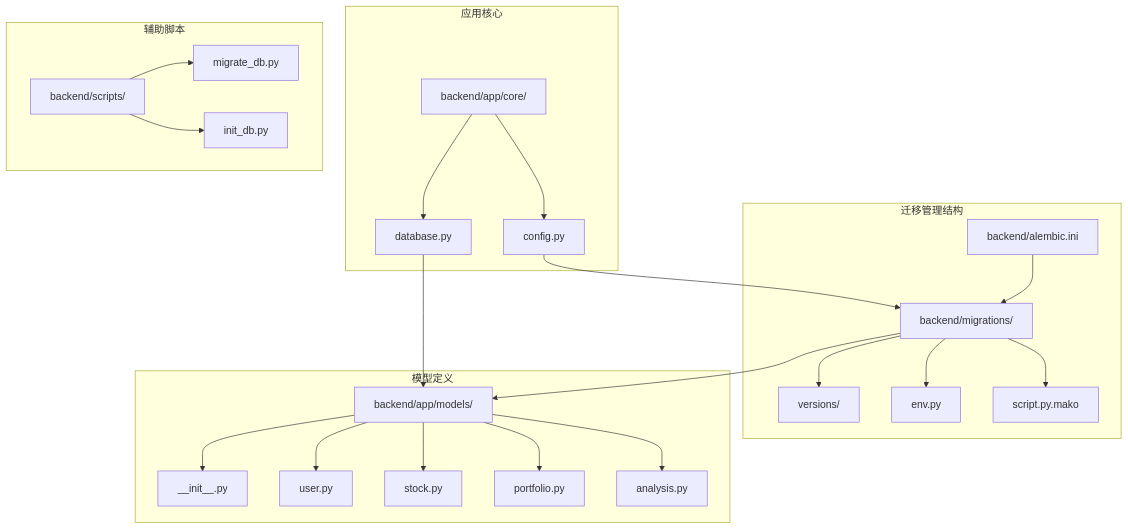
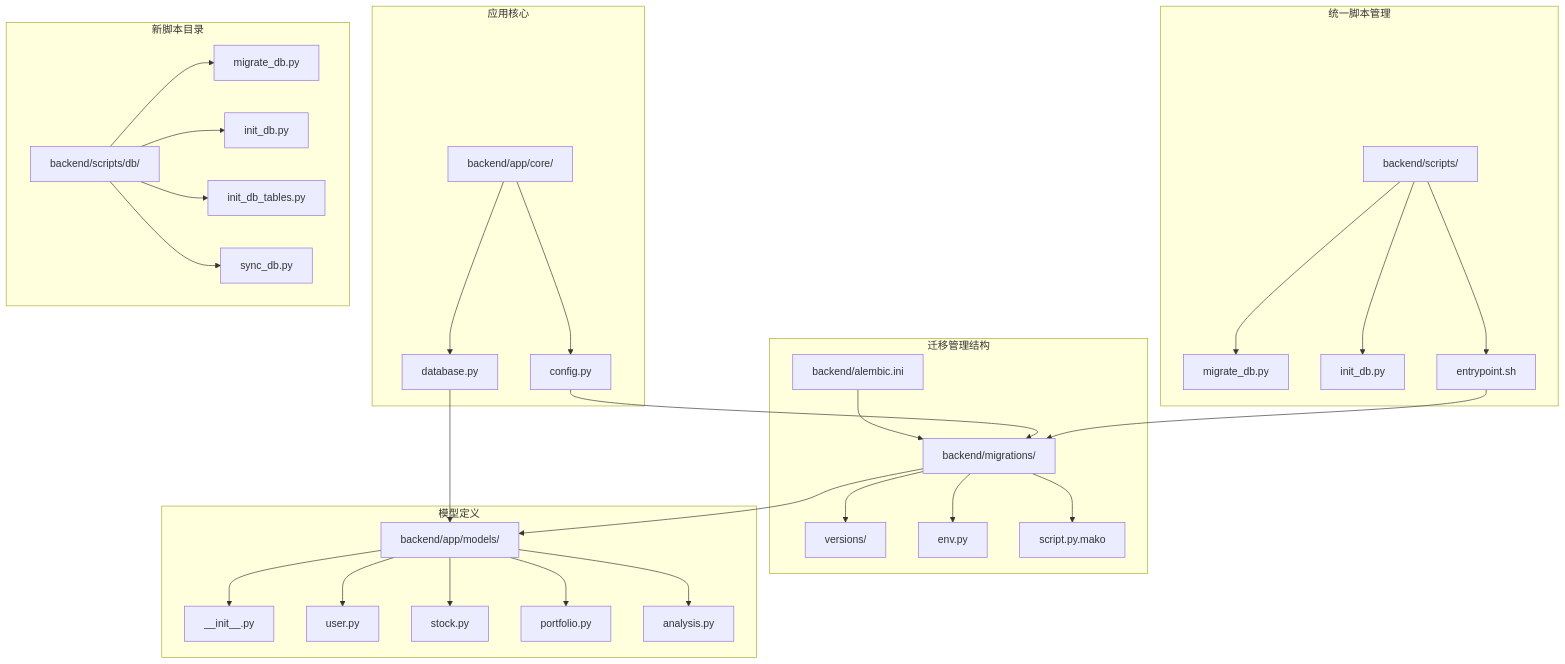
Before and after one commit to breeze-lyf/ai-stock-advisor: the first of 8 diagrams in .qoder/repowiki/zh/content/Database Migration Management.md, drawn with Mermaid. The commit also changed other lines of this file and 7 other files, not shown here.

````diff
--- a/.qoder/repowiki/zh/content/Database Migration Management.md
+++ b/.qoder/repowiki/zh/content/Database Migration Management.md
@@ -41,27 +56,35 @@
 ```mermaid
 graph TB
 subgraph "迁移管理结构"
 A[backend/migrations/] --> B[versions/]
 A --> C[env.py]
 A --> D[script.py.mako]
 E[backend/alembic.ini] --> A
 end
 subgraph "应用核心"
 F[backend/app/core/] --> G[database.py]
 F --> H[config.py]
 end
 subgraph "模型定义"
 I[backend/app/models/] --> J[__init__.py]
 I --> K[user.py]
 I --> L[stock.py]
 I --> M[portfolio.py]
 I --> N[analysis.py]
 end
-subgraph "辅助脚本"
+subgraph "统一脚本管理"
 O[backend/scripts/] --> P[migrate_db.py]
 O --> Q[init_db.py]
+O --> R[entrypoint.sh]
+end
+subgraph "新脚本目录"
+S[backend/scripts/db/] --> T[migrate_db.py]
+S --> U[init_db.py]
+S --> V[init_db_tables.py]
+S --> W[sync_db.py]
 end
 A --> I
 G --> I
 H --> A
+R --> A
 ```
````
